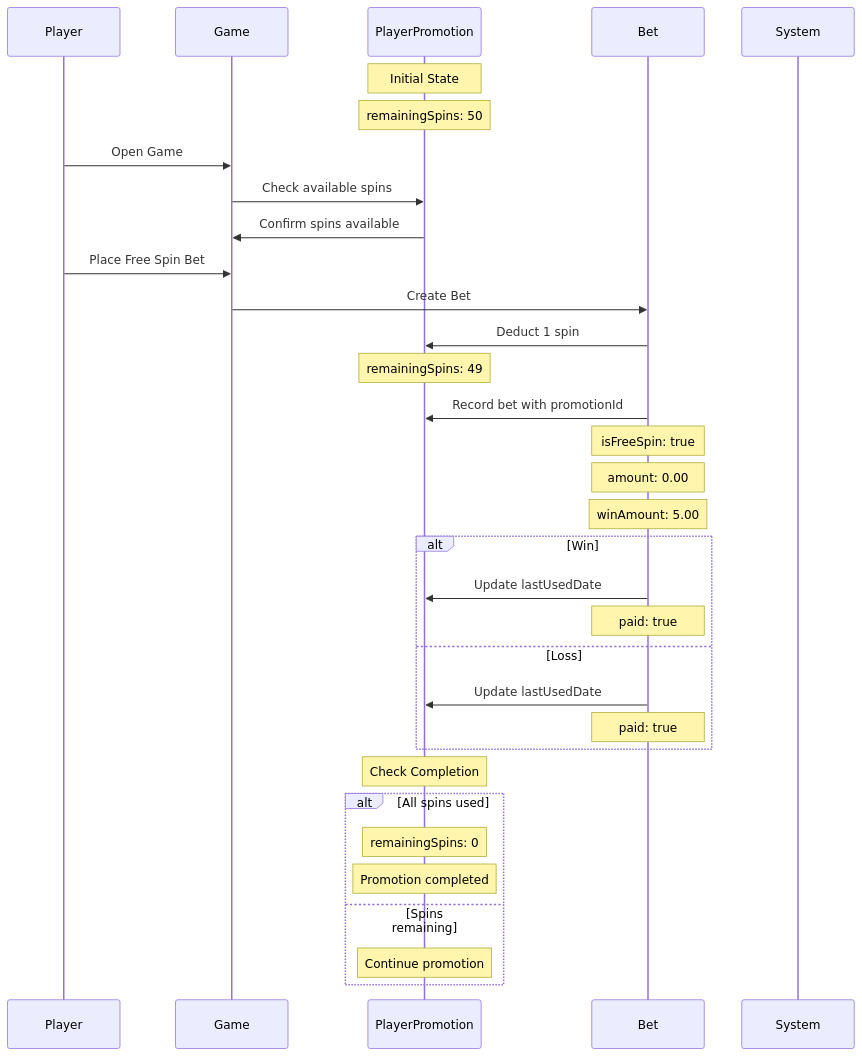
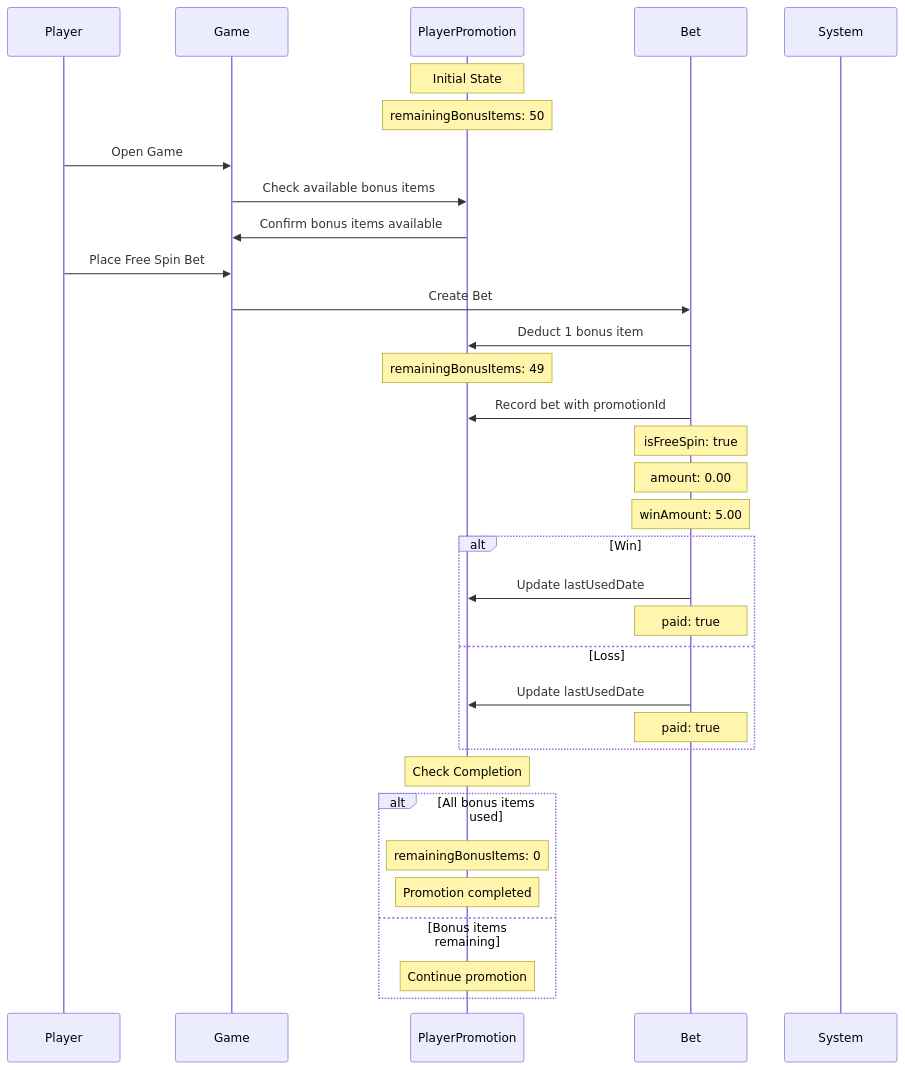
The second of 5 diagrams in diagrams/data-models/FreeSpinFlow.md (starixvn/l1_api), drawn with Mermaid before and after one commit. The commit also changed other lines of this file and 1 other file, not shown here.

Commit message:
doc: update PromotionMongoSchema and flow to insert player promotion

````diff
--- a/diagrams/data-models/FreeSpinFlow.md
+++ b/diagrams/data-models/FreeSpinFlow.md
@@ -5,40 +51,40 @@
 ```mermaid
 sequenceDiagram
     participant Player
     participant Game
     participant PP as PlayerPromotion
     participant B as Bet
     participant S as System
 
     Note over PP: Initial State
-    Note over PP: remainingSpins: 50
+    Note over PP: remainingBonusItems: 50
 
     Player->>Game: Open Game
-    Game->>PP: Check available spins
-    PP->>Game: Confirm spins available
+    Game->>PP: Check available bonus items
+    PP->>Game: Confirm bonus items available
     
     Player->>Game: Place Free Spin Bet
     Game->>B: Create Bet
-    B->>PP: Deduct 1 spin
-    Note over PP: remainingSpins: 49
+    B->>PP: Deduct 1 bonus item
+    Note over PP: remainingBonusItems: 49
     B->>PP: Record bet with promotionId
     Note over B: isFreeSpin: true
     Note over B: amount: 0.00
     Note over B: winAmount: 5.00
 
     alt Win
         B->>PP: Update lastUsedDate
         Note over B: paid: true
     else Loss
         B->>PP: Update lastUsedDate
         Note over B: paid: true
     end
 
     Note over PP: Check Completion
-    alt All spins used
-        Note over PP: remainingSpins: 0
+    alt All bonus items used
+        Note over PP: remainingBonusItems: 0
         Note over PP: Promotion completed
-    else Spins remaining
+    else Bonus items remaining
         Note over PP: Continue promotion
     end
 ```
````
